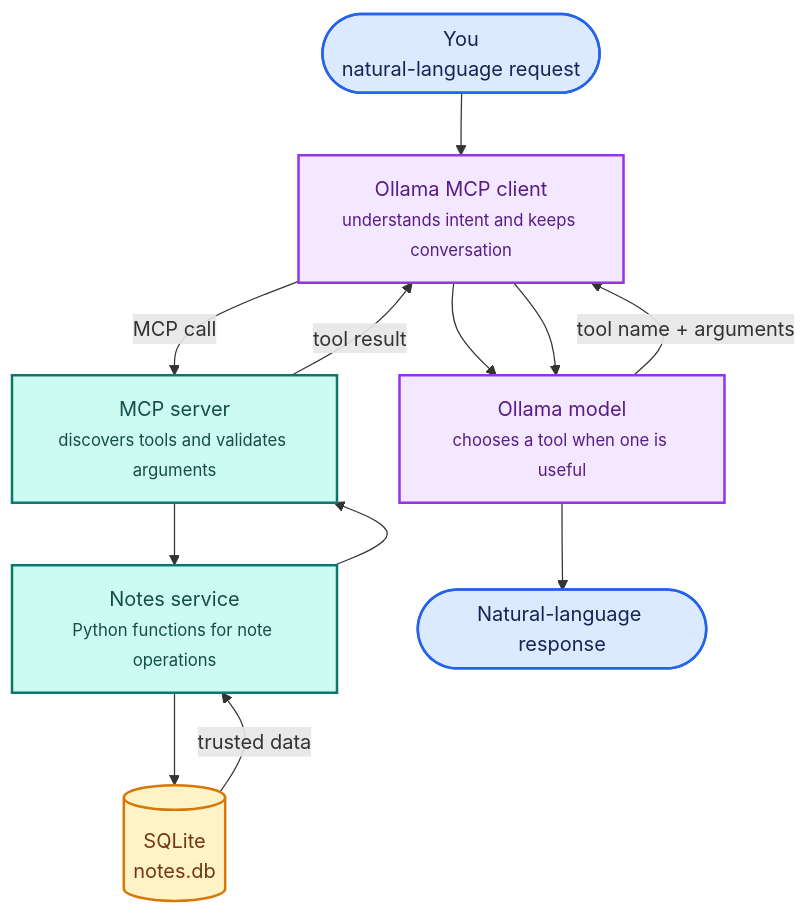
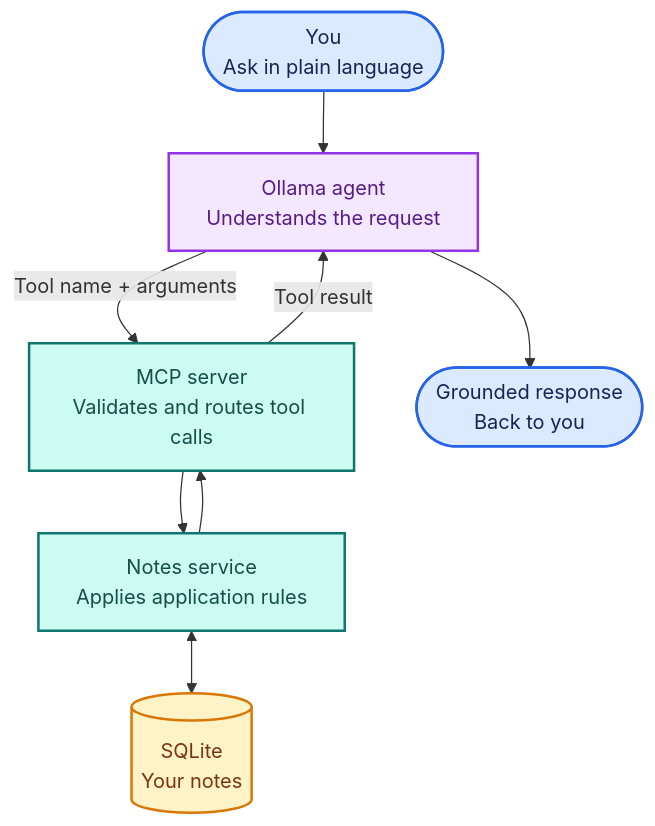
One commit to bhanuprakasheagala/ModelForge changed the diagram in README.md. Above: the diagram before and after it, drawn with Mermaid. The commit also changed other lines of this file, not shown here.

````diff
--- a/README.md
+++ b/README.md
@@ -20,31 +25,26 @@
 ```mermaid
 flowchart TD
-    U(["You<br/>natural-language request"])
-    C["Ollama MCP client<br/><small>understands intent and keeps conversation</small>"]
-    O["Ollama model<br/><small>chooses a tool when one is useful</small>"]
-    M["MCP server<br/><small>discovers tools and validates arguments</small>"]
-    N["Notes service<br/><small>Python functions for note operations</small>"]
-    D[("SQLite<br/>notes.db")]
-    R(["Natural-language response"])
+    U(["You<br/>Ask in plain language"])
+    A["Ollama agent<br/>Understands the request"]
+    M["MCP server<br/>Validates and routes tool calls"]
+    N["Notes service<br/>Applies application rules"]
+    D[("SQLite<br/>Your notes")]
+    R(["Grounded response<br/>Back to you"])
 
-    U --> C
-    C --> O
-    O -->|tool name + arguments| C
-    C -->|MCP call| M
+    U --> A
+    A -->|Tool name + arguments| M
     M --> N
-    N --> D
-    D -->|trusted data| N
+    N <--> D
     N --> M
-    M -->|tool result| C
-    C --> O
-    O --> R
+    M -->|Tool result| A
+    A --> R
 
-    classDef user fill:#dbeafe,stroke:#2563eb,color:#172554,stroke-width:2px
-    classDef ai fill:#f3e8ff,stroke:#9333ea,color:#581c87,stroke-width:2px
-    classDef mcp fill:#ccfbf1,stroke:#0f766e,color:#134e4a,stroke-width:2px
+    classDef person fill:#dbeafe,stroke:#2563eb,color:#172554,stroke-width:2px
+    classDef model fill:#f3e8ff,stroke:#9333ea,color:#581c87,stroke-width:2px
+    classDef app fill:#ccfbf1,stroke:#0f766e,color:#134e4a,stroke-width:2px
     classDef data fill:#fef3c7,stroke:#d97706,color:#78350f,stroke-width:2px
-    class U,R user
-    class C,O ai
-    class M,N mcp
+    class U,R person
+    class A model
+    class M,N app
     class D data
 ```
````
